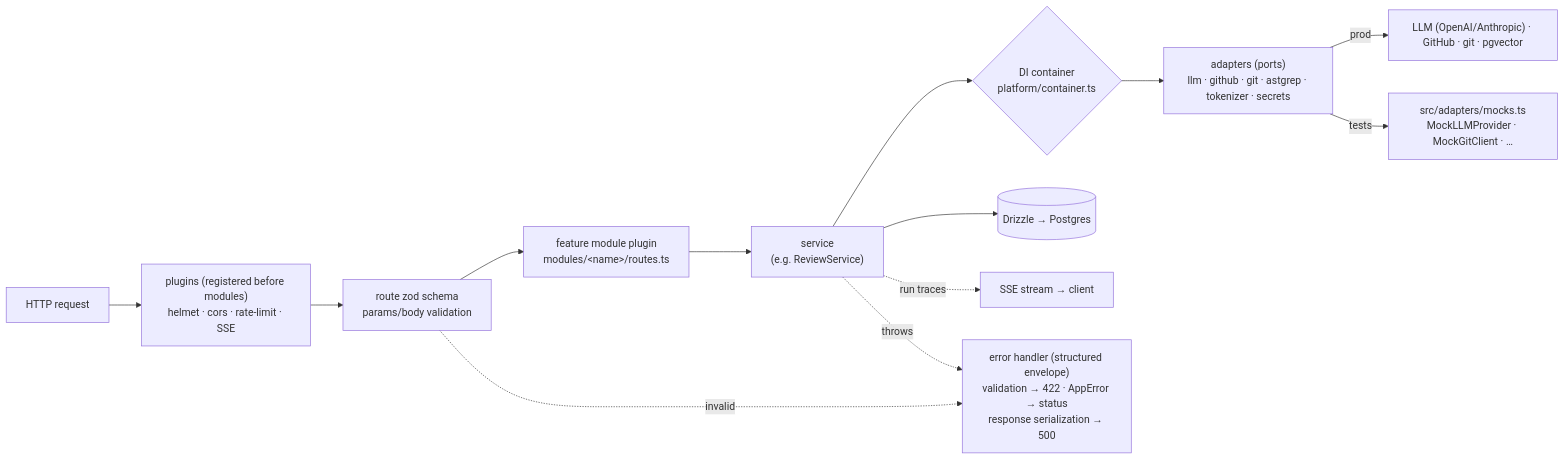
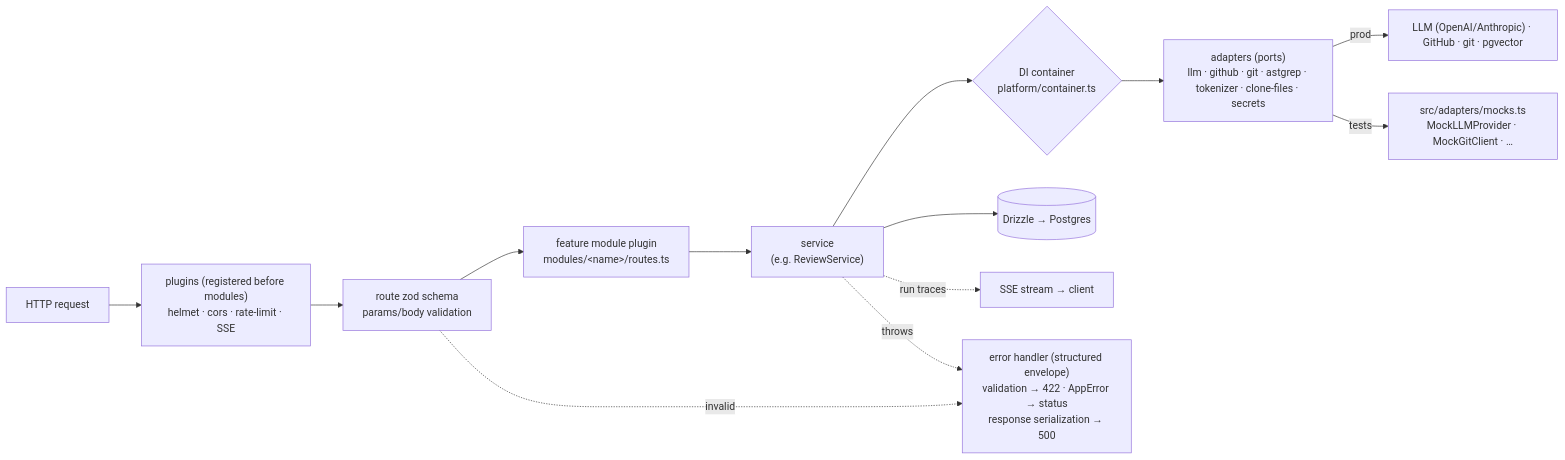
The first of 2 diagrams in server/README.md (yrazub/dev-digest), drawn with Mermaid before and after one commit. The commit also changed other lines of this file and 19 other files, not shown here.

````diff
--- a/server/README.md
+++ b/server/README.md
@@ -37,15 +37,15 @@
 ```mermaid
 flowchart LR
   REQ["HTTP request"] --> MW["plugins (registered before modules)<br/>helmet · cors · rate-limit · SSE"]
   MW --> VAL["route zod schema<br/>params/body validation"]
   VAL --> MOD["feature module plugin<br/>modules/&lt;name&gt;/routes.ts"]
   MOD --> SVC["service<br/>(e.g. ReviewService)"]
   SVC --> DI{"DI container<br/>platform/container.ts"}
-  DI --> ADP["adapters (ports)<br/>llm · github · git · astgrep · tokenizer · secrets"]
+  DI --> ADP["adapters (ports)<br/>llm · github · git · astgrep · tokenizer · clone-files · secrets"]
   ADP -->|"prod"| EXT["LLM (OpenAI/Anthropic) · GitHub · git · pgvector"]
   ADP -->|"tests"| MOCK["src/adapters/mocks.ts<br/>MockLLMProvider · MockGitClient · …"]
   SVC --> DB[("Drizzle → Postgres")]
   SVC -. "run traces" .-> SSE["SSE stream → client"]
   VAL -. "invalid" .-> ERR["error handler (structured envelope)<br/>validation → 422 · AppError → status<br/>response serialization → 500"]
   SVC -. "throws" .-> ERR
 ```
````
